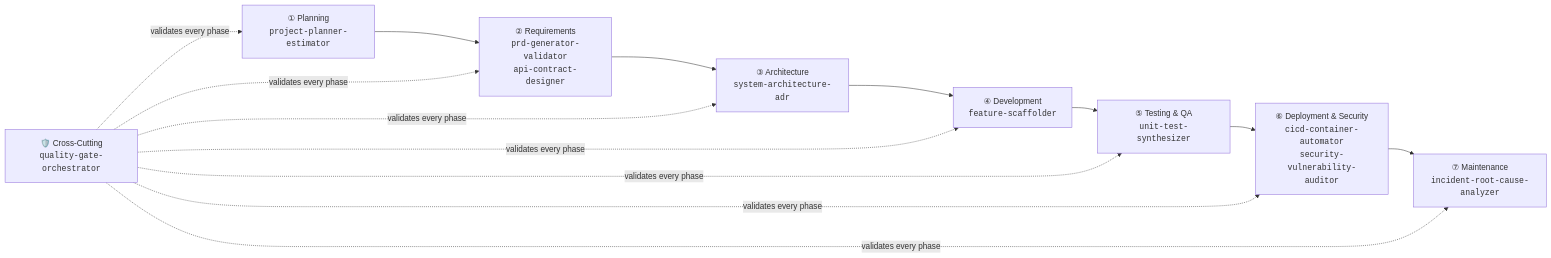
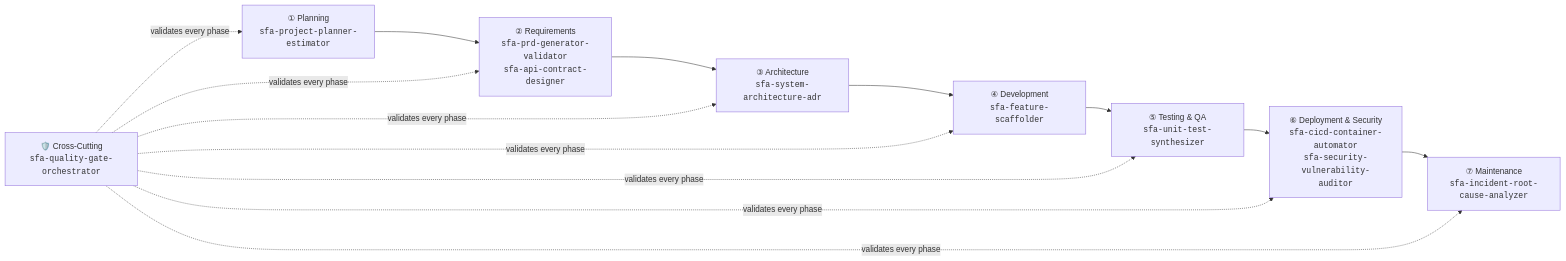
The first of 4 diagrams in GETTING-STARTED.md (OpenYantra/SkillForgeAI), drawn with Mermaid before and after one commit. The commit also changed other lines of this file and 54 other files, not shown here.

````diff
--- a/GETTING-STARTED.md
+++ b/GETTING-STARTED.md
@@ -65,13 +65,13 @@
 ```mermaid
 flowchart LR
-    P1["① Planning<br/><code>project-planner-estimator</code>"]
-    --> P2["② Requirements<br/><code>prd-generator-validator</code><br/><code>api-contract-designer</code>"]
-    --> P3["③ Architecture<br/><code>system-architecture-adr</code>"]
-    --> P4["④ Development<br/><code>feature-scaffolder</code>"]
-    --> P5["⑤ Testing & QA<br/><code>unit-test-synthesizer</code>"]
-    --> P6["⑥ Deployment & Security<br/><code>cicd-container-automator</code><br/><code>security-vulnerability-auditor</code>"]
-    --> P7["⑦ Maintenance<br/><code>incident-root-cause-analyzer</code>"]
+    P1["① Planning<br/><code>sfa-project-planner-estimator</code>"]
+    --> P2["② Requirements<br/><code>sfa-prd-generator-validator</code><br/><code>sfa-api-contract-designer</code>"]
+    --> P3["③ Architecture<br/><code>sfa-system-architecture-adr</code>"]
+    --> P4["④ Development<br/><code>sfa-feature-scaffolder</code>"]
+    --> P5["⑤ Testing & QA<br/><code>sfa-unit-test-synthesizer</code>"]
+    --> P6["⑥ Deployment & Security<br/><code>sfa-cicd-container-automator</code><br/><code>sfa-security-vulnerability-auditor</code>"]
+    --> P7["⑦ Maintenance<br/><code>sfa-incident-root-cause-analyzer</code>"]
 
-    QG["🛡️ Cross-Cutting<br/><code>quality-gate-orchestrator</code>"]
+    QG["🛡️ Cross-Cutting<br/><code>sfa-quality-gate-orchestrator</code>"]
     QG -.->|"validates every phase"| P1 & P2 & P3 & P4 & P5 & P6 & P7
 ```
````
